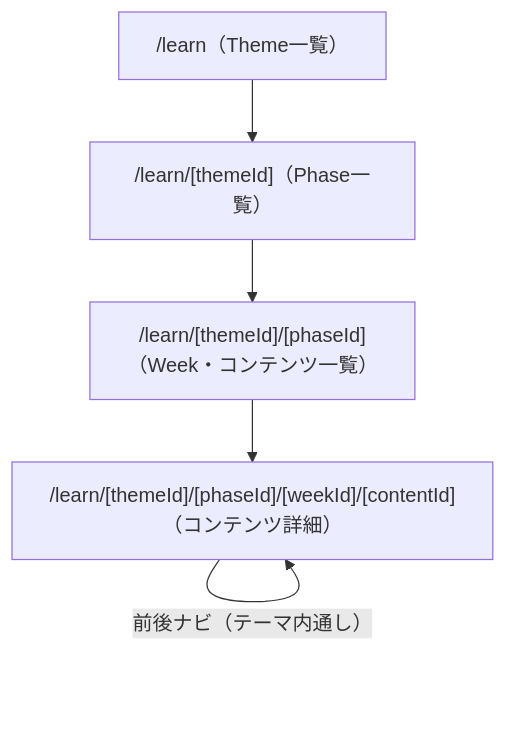
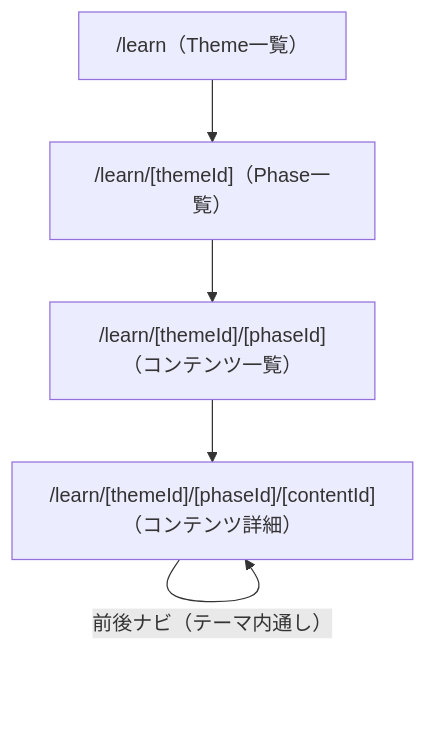
One commit to Singuralitylabs/sinlab-study changed the fifth of 5 diagrams in docs/specification.md. Above: the diagram before and after it, drawn with Mermaid. The commit also changed other lines of this file and 99 other files, not shown here.

````diff
--- a/docs/specification.md
+++ b/docs/specification.md
@@ -457,7 +459,7 @@
 ```mermaid
 flowchart TD
     A["/learn（Theme一覧）"] --> B["/learn/[themeId]（Phase一覧）"]
-    B --> C["/learn/[themeId]/[phaseId]（Week・コンテンツ一覧）"]
-    C --> D["/learn/[themeId]/[phaseId]/[weekId]/[contentId]（コンテンツ詳細）"]
+    B --> C["/learn/[themeId]/[phaseId]（コンテンツ一覧）"]
+    C --> D["/learn/[themeId]/[phaseId]/[contentId]（コンテンツ詳細）"]
     D -- 前後ナビ（テーマ内通し） --> D
 ```
````
